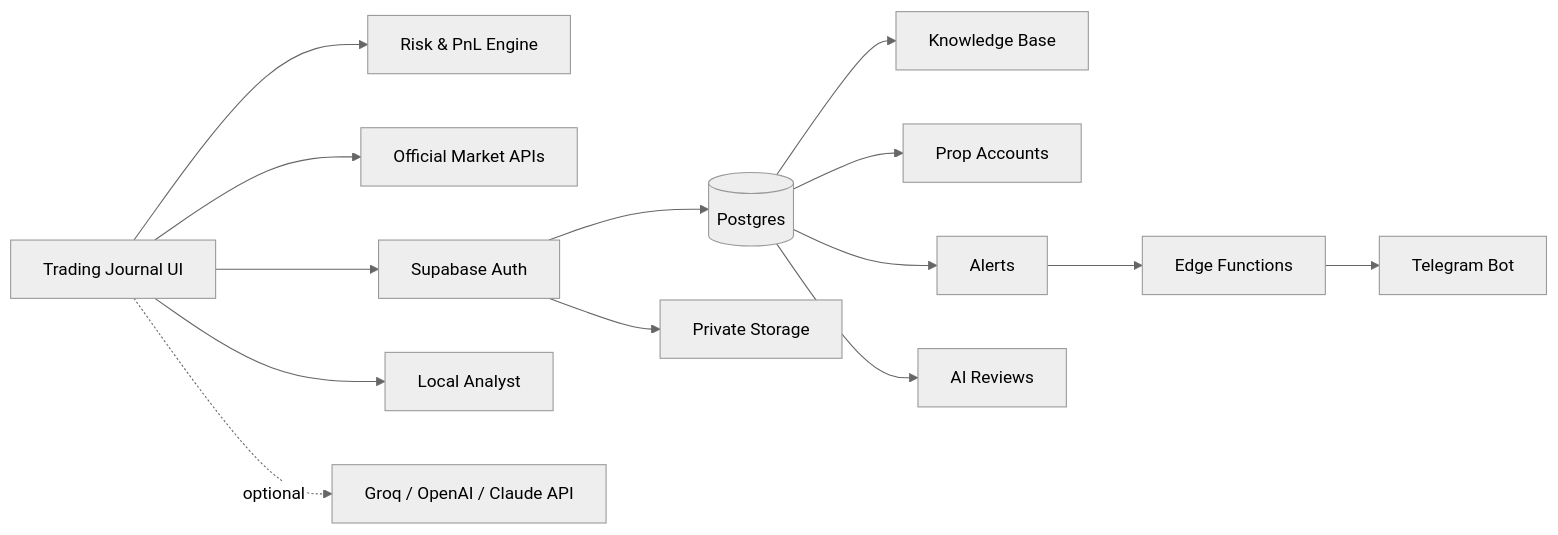
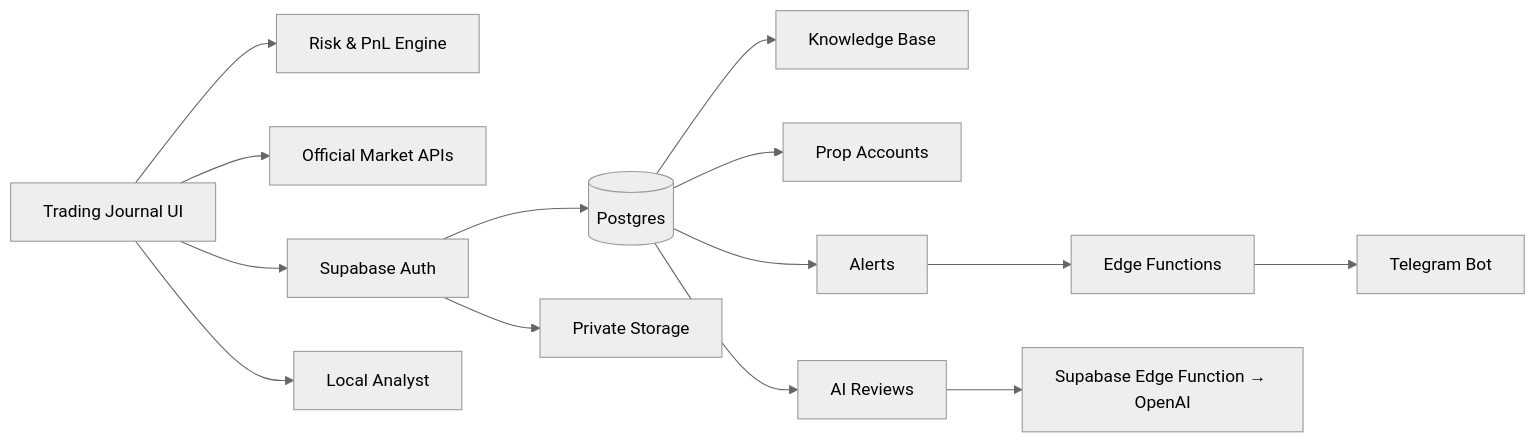
Before and after one commit to tetiana-a/ai-trading-journal: the diagram in README.md, drawn with Mermaid (neutral theme). The commit also changed other lines of this file and 11 other files, not shown here.

````diff
--- a/README.md
+++ b/README.md
@@ -91,20 +91,20 @@
 ```mermaid
 flowchart LR
     A[Trading Journal UI] --> B[Risk & PnL Engine]
     A --> C[Official Market APIs]
     A --> D[Supabase Auth]
 
     D --> E[(Postgres)]
     D --> F[Private Storage]
 
     E --> G[Knowledge Base]
     E --> H[Prop Accounts]
     E --> I[Alerts]
     E --> J[AI Reviews]
 
     I --> K[Edge Functions]
     K --> L[Telegram Bot]
 
     A --> M[Local Analyst]
-    A -. optional .-> N[Groq / OpenAI / Claude API]
+    J --> N[Supabase Edge Function → OpenAI]
 ```
````
